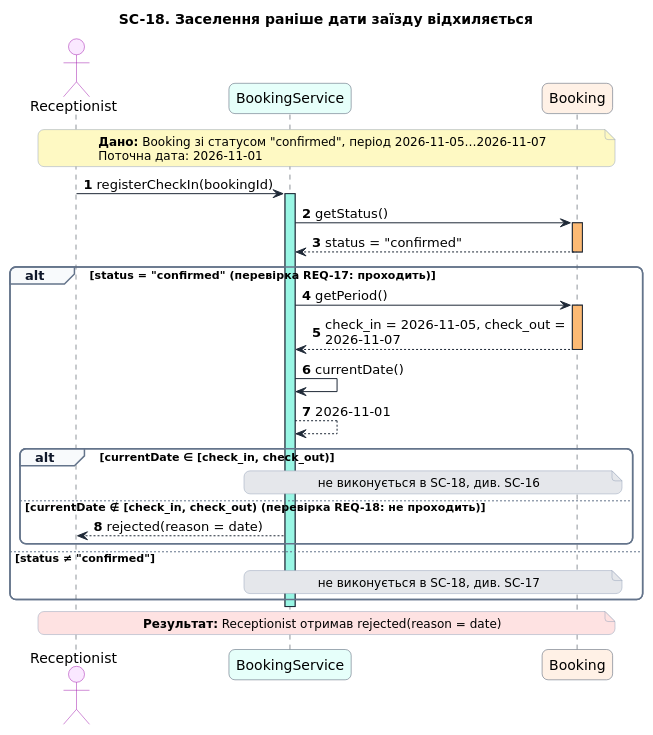
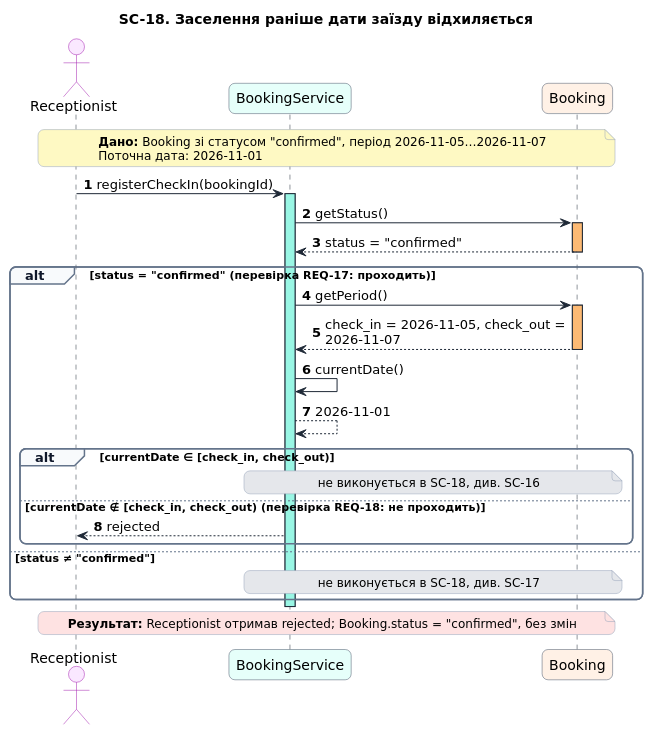
One commit to MrhyveR/Hotel-reservation-system changed the diagram in Lab3/diagrams/sc-18.puml. Above: the diagram before and after it, drawn with PlantUML. The commit also changed 8 other files, not shown here.

Commit message:
add audit, criterion A7-A10, ai prompt, fixed: diagrams

```diff
--- a/Lab3/diagrams/sc-18.puml
+++ b/Lab3/diagrams/sc-18.puml
@@ -1,53 +1,53 @@
 @startuml sc-18
 title SC-18. Заселення раніше дати заїзду відхиляється
 skinparam shadowing false
 skinparam defaultFontName DejaVu Sans
 skinparam roundCorner 12
 skinparam maxMessageSize 260
 skinparam ArrowColor #1F2937
 skinparam SequenceLifeLineBorderColor #1F2937
 skinparam SequenceGroupBorderColor #64748B
 skinparam SequenceGroupBackgroundColor #F8FAFC
 skinparam SequenceGroupHeaderFontColor #0F172A
 skinparam NoteBorderColor #94A3B8
 skinparam NoteFontSize 12
 skinparam ParticipantBorderColor #475569
 skinparam ActorBorderColor #A21CAF
 autonumber "<b>0"
 
 actor Receptionist #FAE8FF
 participant BookingService #E6FFFA
 participant Booking #FFF1E6
 
 note over Receptionist, Booking #FEF9C3
   **Дано:** Booking зі статусом "confirmed", період 2026-11-05…2026-11-07
   Поточна дата: 2026-11-01
 end note
 
 Receptionist -> BookingService : registerCheckIn(bookingId)
 activate BookingService #99F6E4
 BookingService -> Booking : getStatus()
 activate Booking #FDBA74
 Booking --> BookingService : status = "confirmed"
 deactivate Booking
 alt status = "confirmed"  (перевірка REQ-17: проходить)
   BookingService -> Booking : getPeriod()
   activate Booking #FDBA74
   Booking --> BookingService : check_in = 2026-11-05, check_out = 2026-11-07
   deactivate Booking
   BookingService -> BookingService : currentDate()
   BookingService --> BookingService : 2026-11-01
   alt currentDate ∈ [check_in, check_out)
     note over BookingService, Booking #E5E7EB : не виконується в SC-18, див. SC-16
   else currentDate ∉ [check_in, check_out)  (перевірка REQ-18: не проходить)
-    BookingService --> Receptionist : rejected(reason = date)
+    BookingService --> Receptionist : rejected
   end
 else status ≠ "confirmed"
   note over BookingService, Booking #E5E7EB : не виконується в SC-18, див. SC-17
 end
 deactivate BookingService
 
 note over Receptionist, Booking #FEE2E2
-  **Результат:** Receptionist отримав rejected(reason = date)
+  **Результат:** Receptionist отримав rejected; Booking.status = "confirmed", без змін
 end note
 @enduml
```
